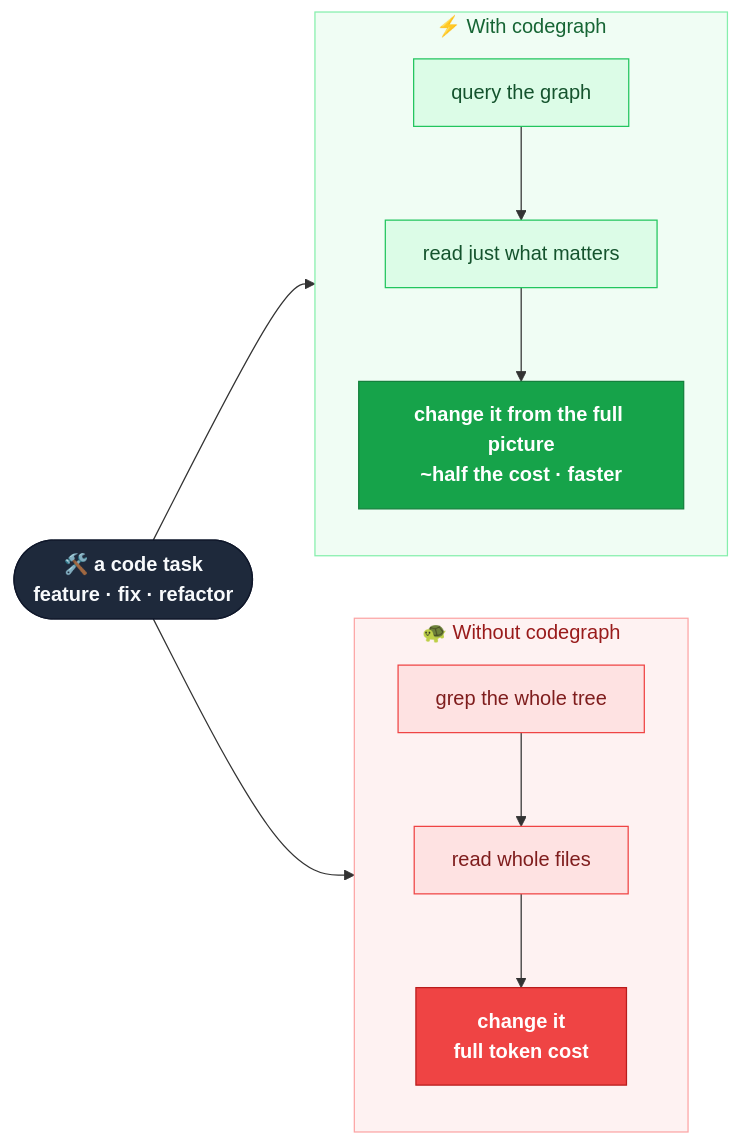
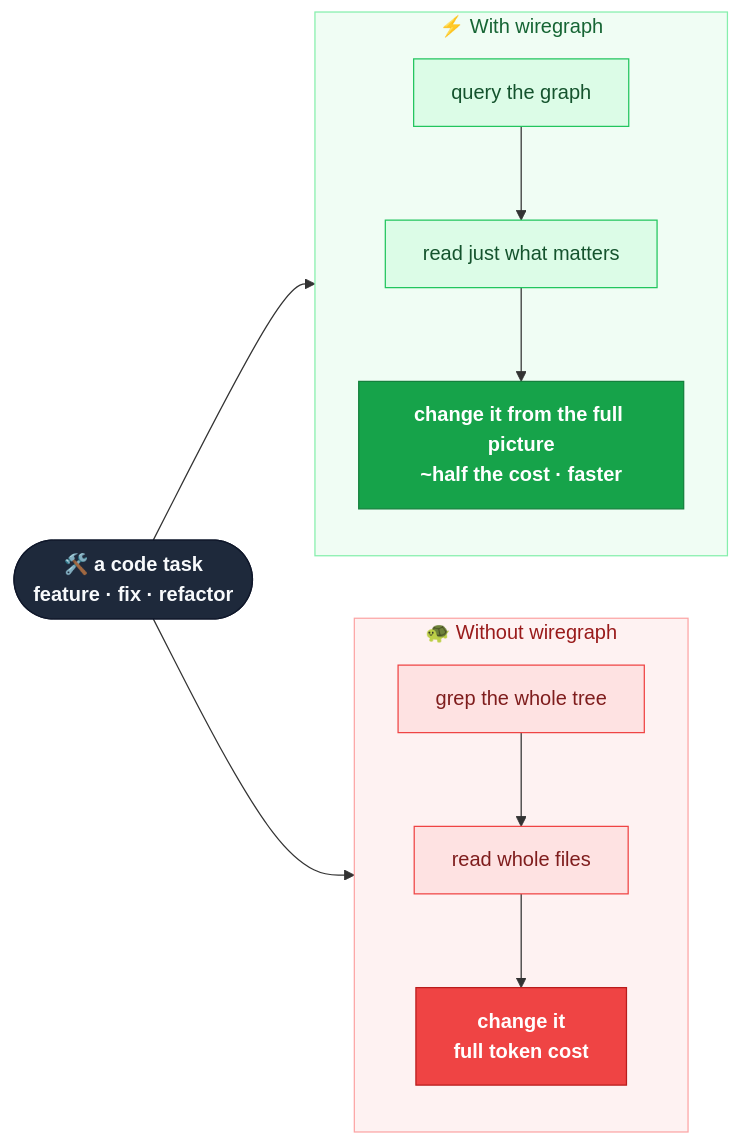
Before and after one commit to kaleLetendre/wiregraph: the first of 3 diagrams in README.md, drawn with Mermaid. The commit also changed other lines of this file and 43 other files, not shown here.

````diff
--- a/README.md
+++ b/README.md
@@ -12,20 +12,20 @@
 ```mermaid
 flowchart LR
   Q(["🛠️ a code task<br/>feature · fix · refactor"]):::q --> a1
   Q --> b1
-  subgraph WO["🐢 Without codegraph"]
+  subgraph WO["🐢 Without wiregraph"]
     direction TB
     a1["grep the whole tree"]:::bad --> a2["read whole files"]:::bad --> a3["change it<br/><b>full token cost</b>"]:::badout
   end
-  subgraph WI["⚡ With codegraph"]
+  subgraph WI["⚡ With wiregraph"]
     direction TB
     b1["query the graph"]:::good --> b2["read just what matters"]:::good --> b3["change it from the full picture<br/><b>~half the cost · faster</b>"]:::goodout
   end
   classDef q fill:#1e293b,stroke:#0f172a,color:#f8fafc,font-weight:bold
   classDef bad fill:#fee2e2,stroke:#ef4444,color:#7f1d1d
   classDef badout fill:#ef4444,stroke:#b91c1c,color:#ffffff,font-weight:bold
   classDef good fill:#dcfce7,stroke:#22c55e,color:#14532d
   classDef goodout fill:#16a34a,stroke:#15803d,color:#ffffff,font-weight:bold
   style WO fill:#fef2f2,stroke:#fca5a5,color:#991b1b
   style WI fill:#f0fdf4,stroke:#86efac,color:#166534
 ```
````
